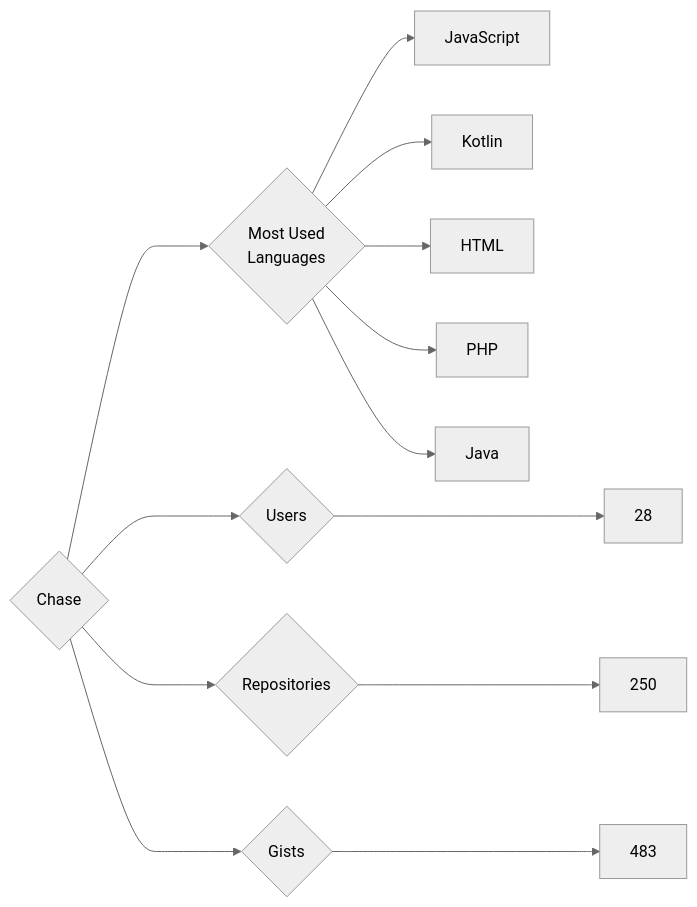
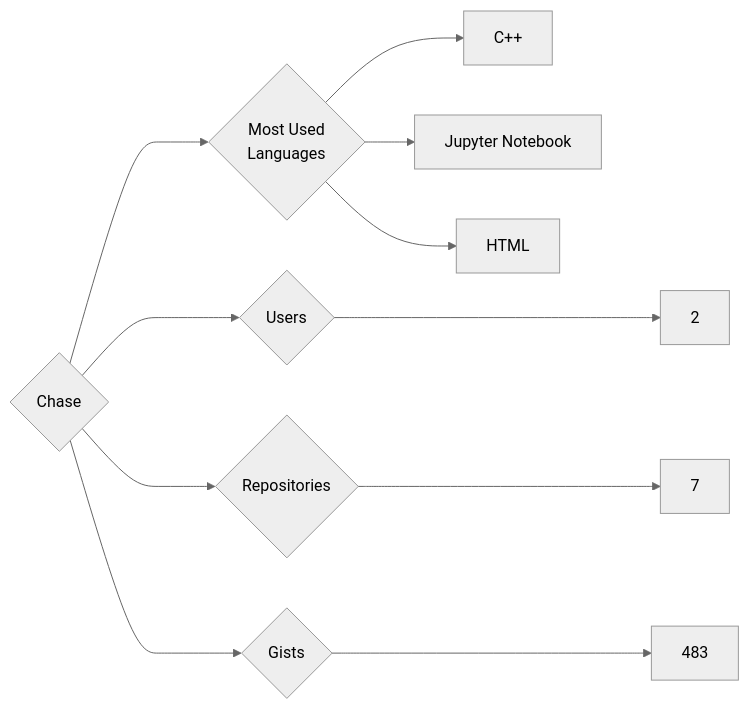
Before and after one commit to trickest/insiders: the diagram in targets/Chase/README.md, drawn with Mermaid (neutral theme). The commit also changed 845 other files, not shown here.

````diff
--- a/targets/Chase/README.md
+++ b/targets/Chase/README.md
@@ -3,13 +3,11 @@
 ```mermaid
 graph LR
 COMPANY_NAME{Chase}
-COMPANY_NAME ---> U{Users} ---> UN[28]
-COMPANY_NAME ---> R{Repositories} ---> RN[250]
+COMPANY_NAME ---> U{Users} ---> UN[2]
+COMPANY_NAME ---> R{Repositories} ---> RN[7]
 COMPANY_NAME ---> G{Gists} ---> GN[483]
 COMPANY_NAME ---> ML{Most Used<br>Languages}
-ML --> JavaScript[JavaScript]
-ML --> Kotlin[Kotlin]
+ML --> C++[C++]
+ML --> Jupyter_Notebook[Jupyter Notebook]
 ML --> HTML[HTML]
-ML --> PHP[PHP]
-ML --> Java[Java]
 ```
````
